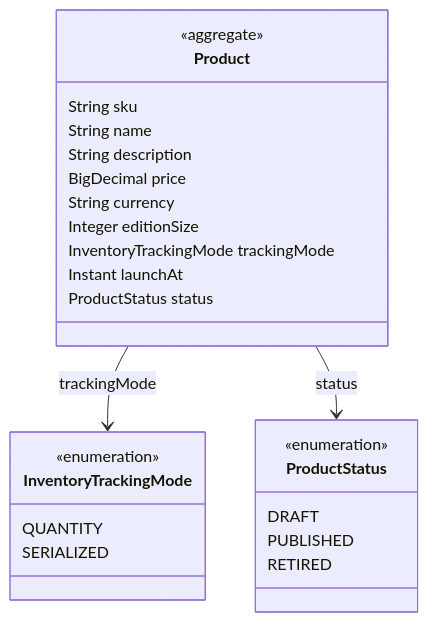
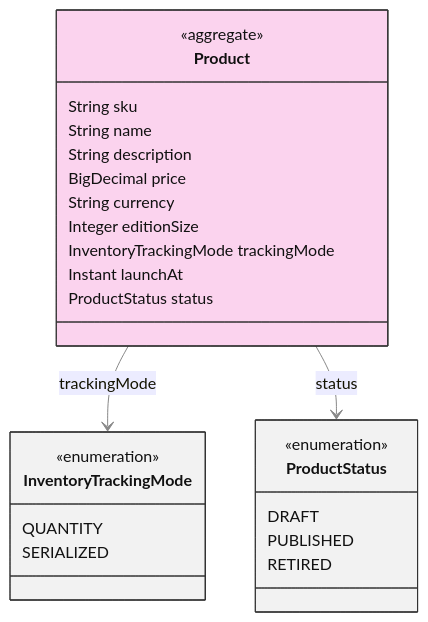
Before and after one commit to ZenWave360/dsl-kotlin: the third of 4 diagrams in dsl-docs/src/commonTest/resources/snapshots/arcadia-modulith/modules/catalog-products.md, drawn with Mermaid. The commit also changed other lines of this file and 21 other files, not shown here.

Commit message:
feat(views): event class diagrams, light class diagram styling, command adapters

````diff
--- a/dsl-docs/src/commonTest/resources/snapshots/arcadia-modulith/modules/catalog-products.md
+++ b/dsl-docs/src/commonTest/resources/snapshots/arcadia-modulith/modules/catalog-products.md
@@ -77,28 +83,38 @@
 ```mermaid
+---
+config:
+  theme: default
+  themeVariables:
+    lineColor: "#888888"
+    edgeLabelBackground: "#ffffff"
+---
 classDiagram
     class Product {
         <<aggregate>>
         String sku
         String name
         String description
         BigDecimal price
         String currency
         Integer editionSize
         InventoryTrackingMode trackingMode
         Instant launchAt
         ProductStatus status
     }
     class InventoryTrackingMode {
         <<enumeration>>
         QUANTITY
         SERIALIZED
     }
     class ProductStatus {
         <<enumeration>>
         DRAFT
         PUBLISHED
         RETIRED
     }
     Product --> InventoryTrackingMode : trackingMode
     Product --> ProductStatus : status
+    style Product fill:#fbd3ee,stroke:#333333,color:#111111
+    style InventoryTrackingMode fill:#f2f2f2,stroke:#333333,color:#111111
+    style ProductStatus fill:#f2f2f2,stroke:#333333,color:#111111
 ```
````
